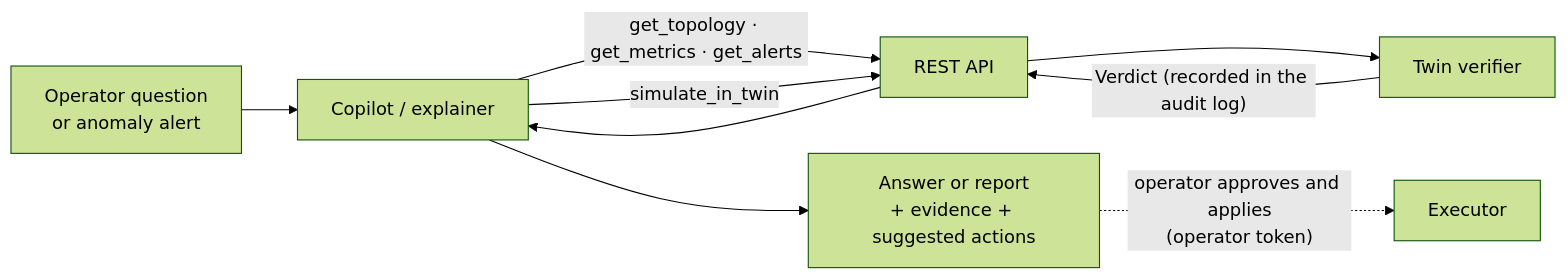
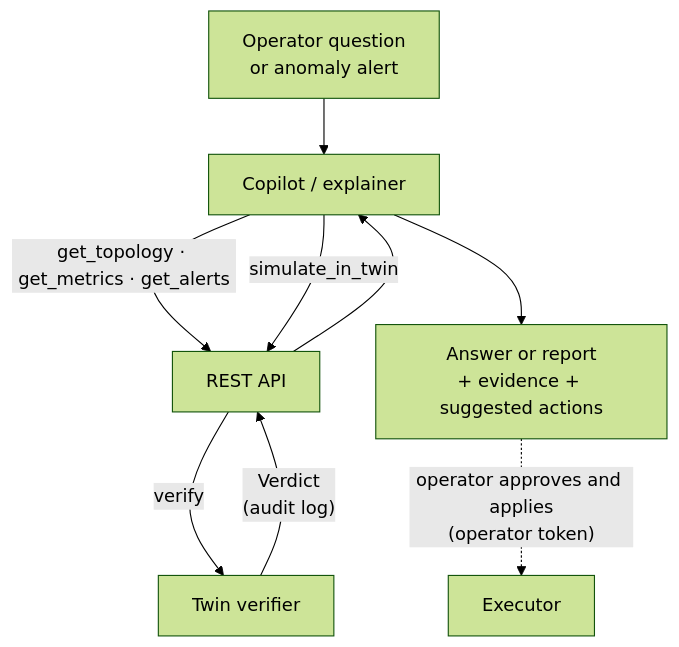
The third of 3 diagrams in docs/report/03_architecture.md (AggimallaAbhishek/Digital-Twin-SDN), drawn with Mermaid (forest theme) before and after one commit. The commit also changed other lines of this file and 5 other files, not shown here.

Commit message:
docs: simplify architecture diagrams and update report progress status

````diff
--- a/docs/report/03_architecture.md
+++ b/docs/report/03_architecture.md
@@ -151,11 +151,11 @@
 ```mermaid
-flowchart LR
+flowchart TB
     Q["Operator question<br/>or anomaly alert"] --> AG["Copilot / explainer"]
     AG -- "get_topology · get_metrics · get_alerts" --> API["REST API"]
     AG -- "simulate_in_twin" --> API
-    API --> TW["Twin verifier"]
-    TW -- "Verdict (recorded in the audit log)" --> API
+    API -- "verify" --> TW["Twin verifier"]
+    TW -- "Verdict<br/>(audit log)" --> API
     API --> AG
     AG --> R["Answer or report<br/>+ evidence + suggested actions"]
     R -. "operator approves and applies<br/>(operator token)" .-> EX["Executor"]
 ```
````
